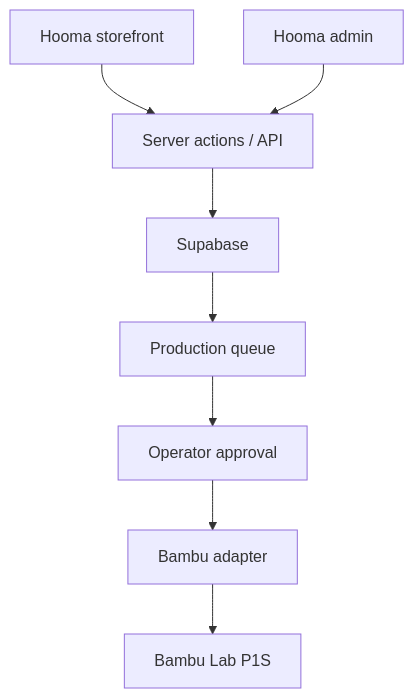
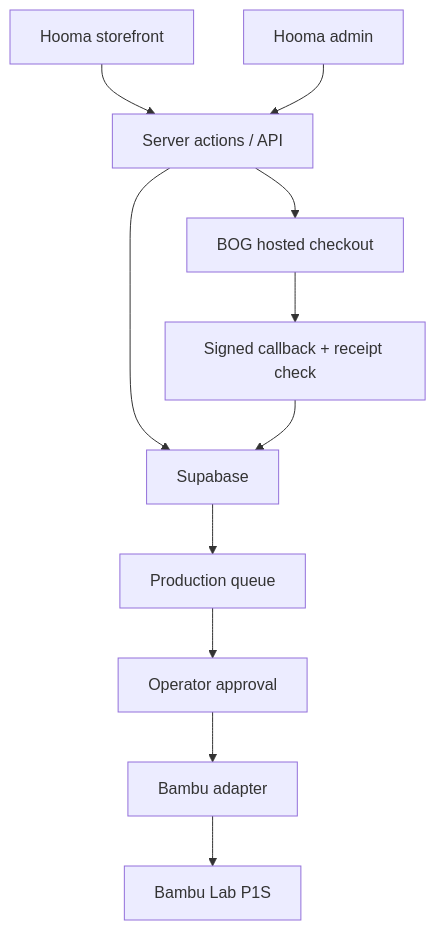
Before and after one commit to Mneloapp/Hooma: the diagram in docs/hooma-commerce-v1.md, drawn with Mermaid. The commit also changed other lines of this file and 32 other files, not shown here.

First line of the commit message:
Add secure BOG full-payment checkout (#62)

````diff
--- a/docs/hooma-commerce-v1.md
+++ b/docs/hooma-commerce-v1.md
@@ -44,10 +44,13 @@
 ```mermaid
 flowchart TD
     Store["Hooma storefront"] --> API["Server actions / API"]
     Admin["Hooma admin"] --> API
     API --> DB["Supabase"]
+    API --> BOG["BOG hosted checkout"]
+    BOG --> Callback["Signed callback + receipt check"]
+    Callback --> DB
     DB --> Queue["Production queue"]
     Queue --> Operator["Operator approval"]
     Operator --> Adapter["Bambu adapter"]
     Adapter --> Printer["Bambu Lab P1S"]
 ```
````
